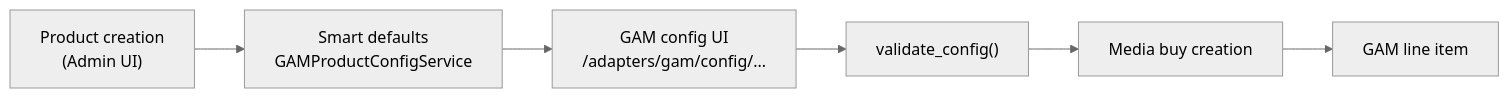
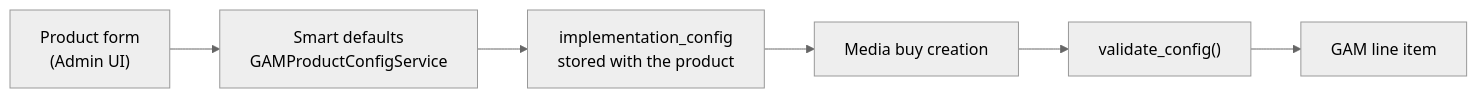
Before and after one commit to prebid/salesagent: the first of 2 diagrams in docs/adapters/gam/product-configuration.md, drawn with Mermaid (neutral theme). The commit also changed other lines of this file and 4 other files, not shown here.

````diff
--- a/docs/adapters/gam/product-configuration.md
+++ b/docs/adapters/gam/product-configuration.md
@@ -28,8 +28,8 @@
 ```mermaid
 flowchart LR
-    Create["Product creation\n(Admin UI)"] --> Defaults["Smart defaults\nGAMProductConfigService"]
-    Defaults --> UI["GAM config UI\n/adapters/gam/config/..."]
-    UI --> Validate["validate_config()"]
-    Validate --> Buy["Media buy creation"]
-    Buy --> LI["GAM line item"]
+    Create["Product form\n(Admin UI)"] --> Defaults["Smart defaults\nGAMProductConfigService"]
+    Defaults --> Stored["implementation_config\nstored with the product"]
+    Stored --> Buy["Media buy creation"]
+    Buy --> Validate["validate_config()"]
+    Validate --> LI["GAM line item"]
 ```
````
